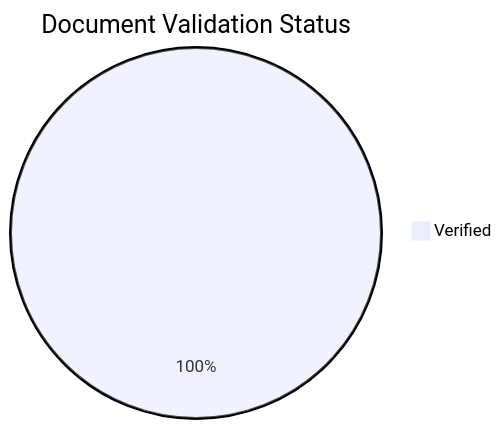
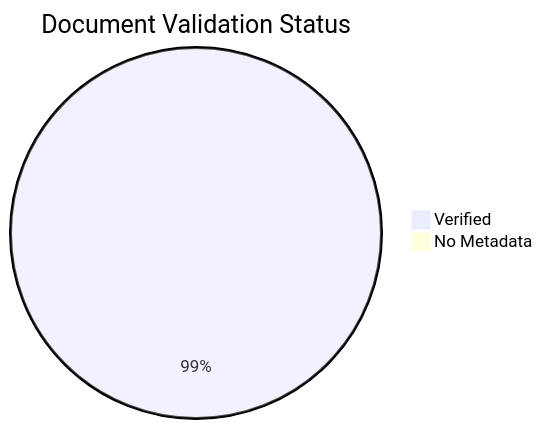
One commit to yeongseon/azure-container-apps-practical-guide changed the diagram in docs/reference/content-validation-status.md. Above: the diagram before and after it, drawn with Mermaid. The commit also changed other lines of this file and 10 other files, not shown here.

````diff
--- a/docs/reference/content-validation-status.md
+++ b/docs/reference/content-validation-status.md
@@ -35,4 +35,5 @@
 ```mermaid
 pie title Document Validation Status
-    "Verified" : 102
+    "Verified" : 105
+    "No Metadata" : 1
 ```
````
